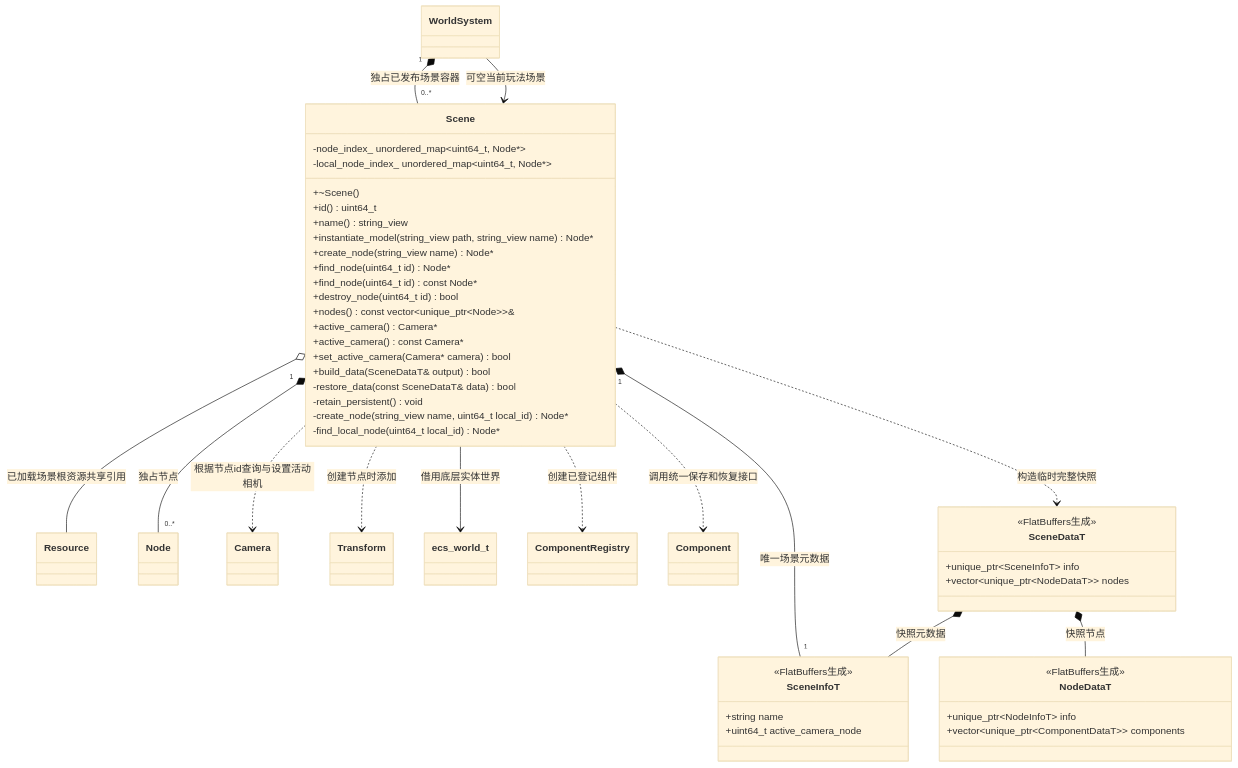
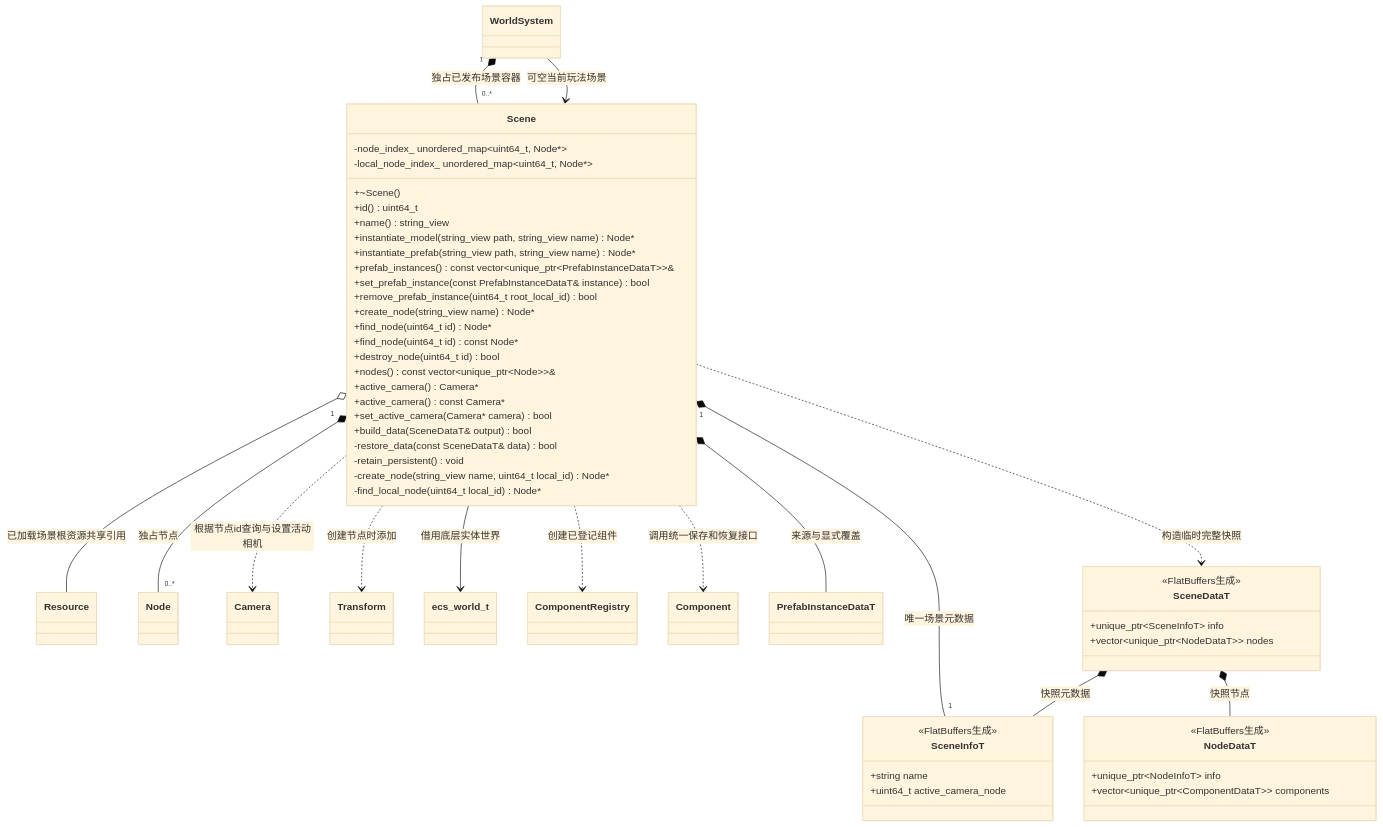
The diagram in docs/runtime/class-diagrams/scene.md (lcals/Engine), drawn with Mermaid (base theme) before and after one commit. The commit also changed other lines of this file and 193 other files, not shown here.

Commit message:
Add prefab assets, instance overrides and project workflows

````diff
--- a/docs/runtime/class-diagrams/scene.md
+++ b/docs/runtime/class-diagrams/scene.md
@@ -7,60 +7,66 @@
 ```mermaid
 classDiagram
     class Scene {
         +~Scene()
         +id() uint64_t
         +name() string_view
         +instantiate_model(string_view path, string_view name) Node#42;
+        +instantiate_prefab(string_view path, string_view name) Node#42;
+        +prefab_instances() const vector~unique_ptr~PrefabInstanceDataT~~&
+        +set_prefab_instance(const PrefabInstanceDataT& instance) bool
+        +remove_prefab_instance(uint64_t root_local_id) bool
         +create_node(string_view name) Node#42;
         +find_node(uint64_t id) Node#42;
         +find_node(uint64_t id) const Node#42;
         +destroy_node(uint64_t id) bool
         +nodes() const vector~unique_ptr~Node~~&
         +active_camera() Camera#42;
         +active_camera() const Camera#42;
         +set_active_camera(Camera#42; camera) bool
         +build_data(SceneDataT& output) bool
         -restore_data(const SceneDataT& data) bool
         -retain_persistent() void
         -create_node(string_view name, uint64_t local_id) Node#42;
         -node_index_ unordered_map~uint64_t, Node#42;~
         -local_node_index_ unordered_map~uint64_t, Node#42;~
         -find_local_node(uint64_t local_id) Node#42;
     }
     class Resource
     class WorldSystem
     class Node
     class Camera
     class Transform
     class ecs_world_t
     class ComponentRegistry
     class Component
+    class PrefabInstanceDataT
     class SceneInfoT {
         <<FlatBuffers生成>>
         +string name
         +uint64_t active_camera_node
     }
     class SceneDataT {
         <<FlatBuffers生成>>
         +unique_ptr~SceneInfoT~ info
         +vector~unique_ptr~NodeDataT~~ nodes
     }
     class NodeDataT {
         <<FlatBuffers生成>>
         +unique_ptr~NodeInfoT~ info
         +vector~unique_ptr~ComponentDataT~~ components
     }
     WorldSystem "1" *-- "0..*" Scene : 独占已发布场景容器
     WorldSystem --> Scene : 可空当前玩法场景
     Scene "1" *-- "0..*" Node : 独占节点
     Scene o-- Resource : 已加载场景根资源共享引用
     Scene "1" *-- "1" SceneInfoT : 唯一场景元数据
     Scene --> ecs_world_t : 借用底层实体世界
     Scene ..> Camera : 根据节点id查询与设置活动相机
     Scene ..> Transform : 创建节点时添加
     Scene ..> SceneDataT : 构造临时完整快照
     Scene ..> ComponentRegistry : 创建已登记组件
     Scene ..> Component : 调用统一保存和恢复接口
+    Scene *-- PrefabInstanceDataT : 来源与显式覆盖
     SceneDataT *-- SceneInfoT : 快照元数据
     SceneDataT *-- NodeDataT : 快照节点
 ```
````
